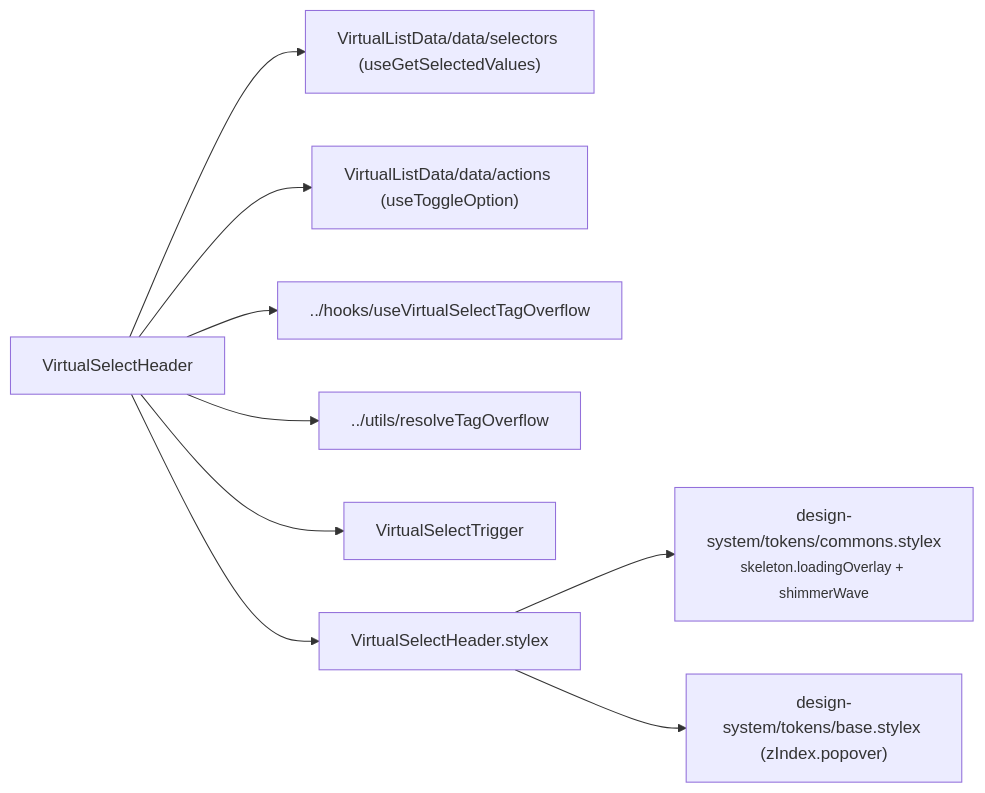
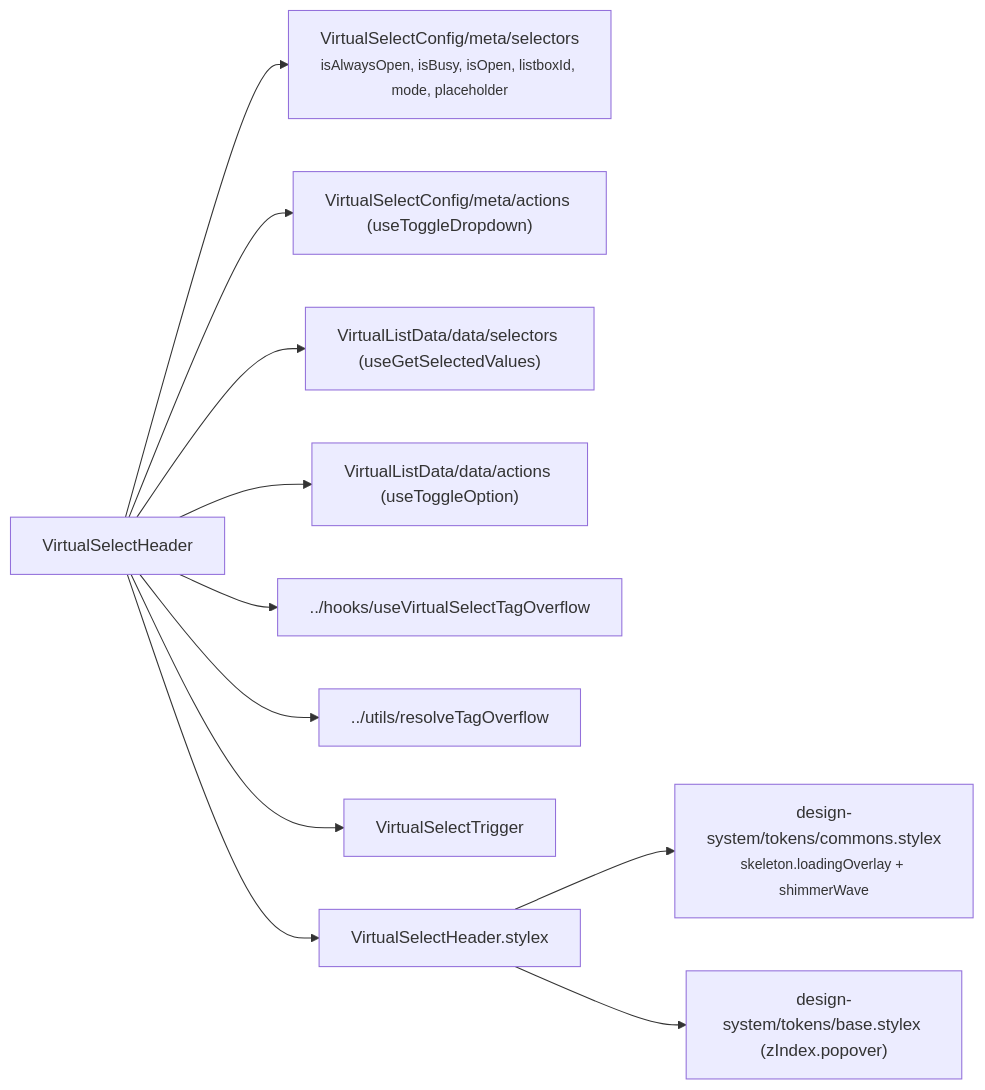
One commit to luciocabrera/lcabrera-stack changed the diagram in packages/ui/src/components/VirtualSelect/VirtualSelectHeader/ARCHITECTURE.md. Above: the diagram before and after it, drawn with Mermaid. The commit also changed other lines of this file and 68 other files, not shown here.

First line of the commit message:
feat: Refactor VirtualSelect to use context for metadata management

````diff
--- a/packages/ui/src/components/VirtualSelect/VirtualSelectHeader/ARCHITECTURE.md
+++ b/packages/ui/src/components/VirtualSelect/VirtualSelectHeader/ARCHITECTURE.md
@@ -17,11 +16,13 @@
 ```mermaid
 graph LR
-  VSH["VirtualSelectHeader"] --> SEL["VirtualListData/data/selectors (useGetSelectedValues)"]
-  VSH --> ACT["VirtualListData/data/actions (useToggleOption)"]
+  VSH["VirtualSelectHeader"] --> MSEL["VirtualSelectConfig/meta/selectors\n<small>isAlwaysOpen, isBusy, isOpen, listboxId, mode, placeholder</small>"]
+  VSH --> MACT["VirtualSelectConfig/meta/actions (useToggleDropdown)"]
+  VSH --> DSEL["VirtualListData/data/selectors (useGetSelectedValues)"]
+  VSH --> DACT["VirtualListData/data/actions (useToggleOption)"]
   VSH --> OVF["../hooks/useVirtualSelectTagOverflow"]
   VSH --> RTO["../utils/resolveTagOverflow"]
   VSH --> VST["VirtualSelectTrigger"]
   VSH --> VSH_stylex["VirtualSelectHeader.stylex"]
   VSH_stylex --> skeleton["design-system/tokens/commons.stylex\n<small>skeleton.loadingOverlay + shimmerWave</small>"]
   VSH_stylex --> base["design-system/tokens/base.stylex (zIndex.popover)"]
 ```
````
